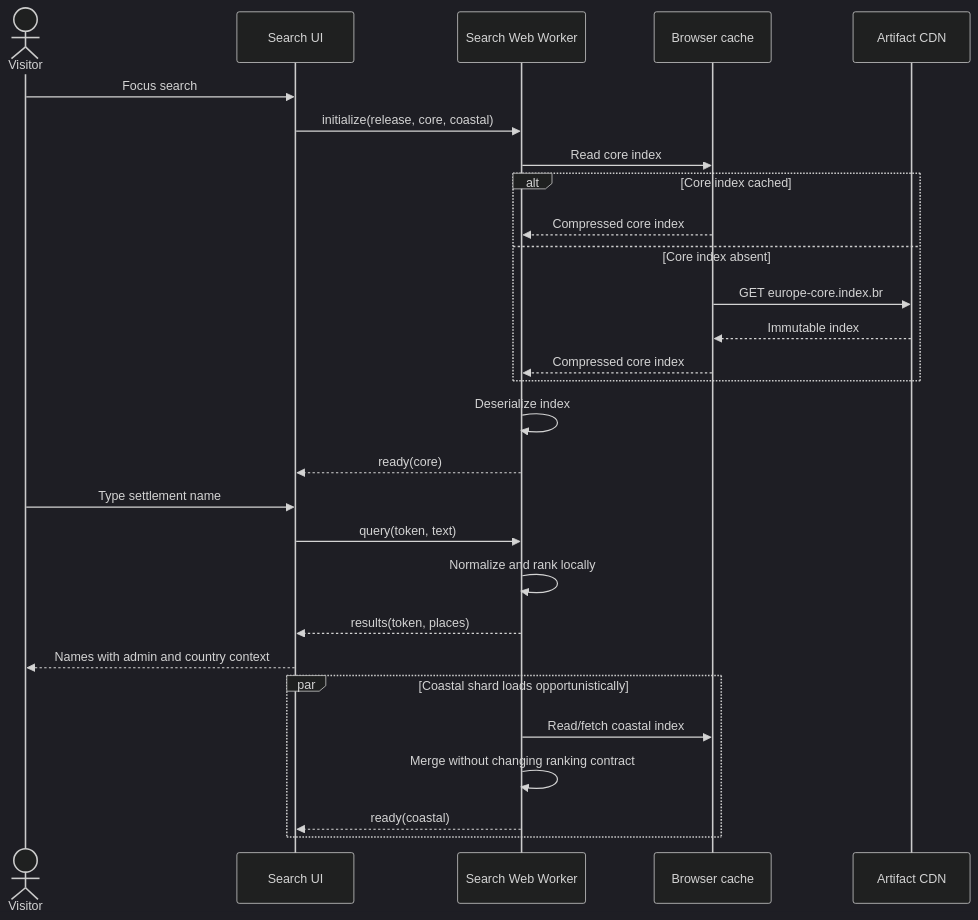
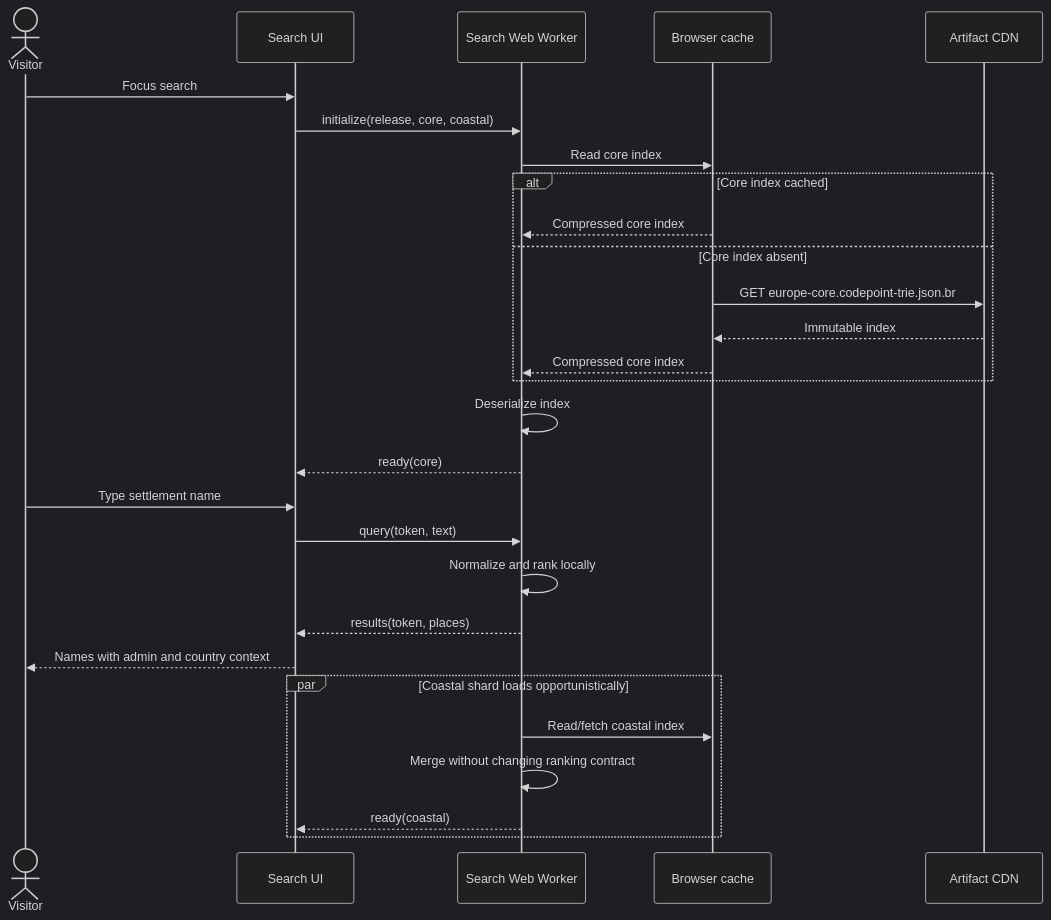
One commit to artemsemdev/SeaRise-Europe changed the second of 8 diagrams in docs/architecture/04-runtime-sequences.md. Above: the diagram before and after it, drawn with Mermaid (dark theme). The commit also changed 6 other files, not shown here.

````diff
--- a/docs/architecture/04-runtime-sequences.md
+++ b/docs/architecture/04-runtime-sequences.md
@@ -42,31 +42,31 @@
 ```mermaid
 sequenceDiagram
     actor U as Visitor
     participant UI as Search UI
     participant W as Search Web Worker
     participant C as Browser cache
     participant CDN as Artifact CDN
 
     U->>UI: Focus search
     UI->>W: initialize(release, core, coastal)
     W->>C: Read core index
     alt Core index cached
         C-->>W: Compressed core index
     else Core index absent
-        C->>CDN: GET europe-core.index.br
+        C->>CDN: GET europe-core.codepoint-trie.json.br
         CDN-->>C: Immutable index
         C-->>W: Compressed core index
     end
     W->>W: Deserialize index
     W-->>UI: ready(core)
     U->>UI: Type settlement name
     UI->>W: query(token, text)
     W->>W: Normalize and rank locally
     W-->>UI: results(token, places)
     UI-->>U: Names with admin and country context
     par Coastal shard loads opportunistically
         W->>C: Read/fetch coastal index
         W->>W: Merge without changing ranking contract
         W-->>UI: ready(coastal)
     end
 ```
````
